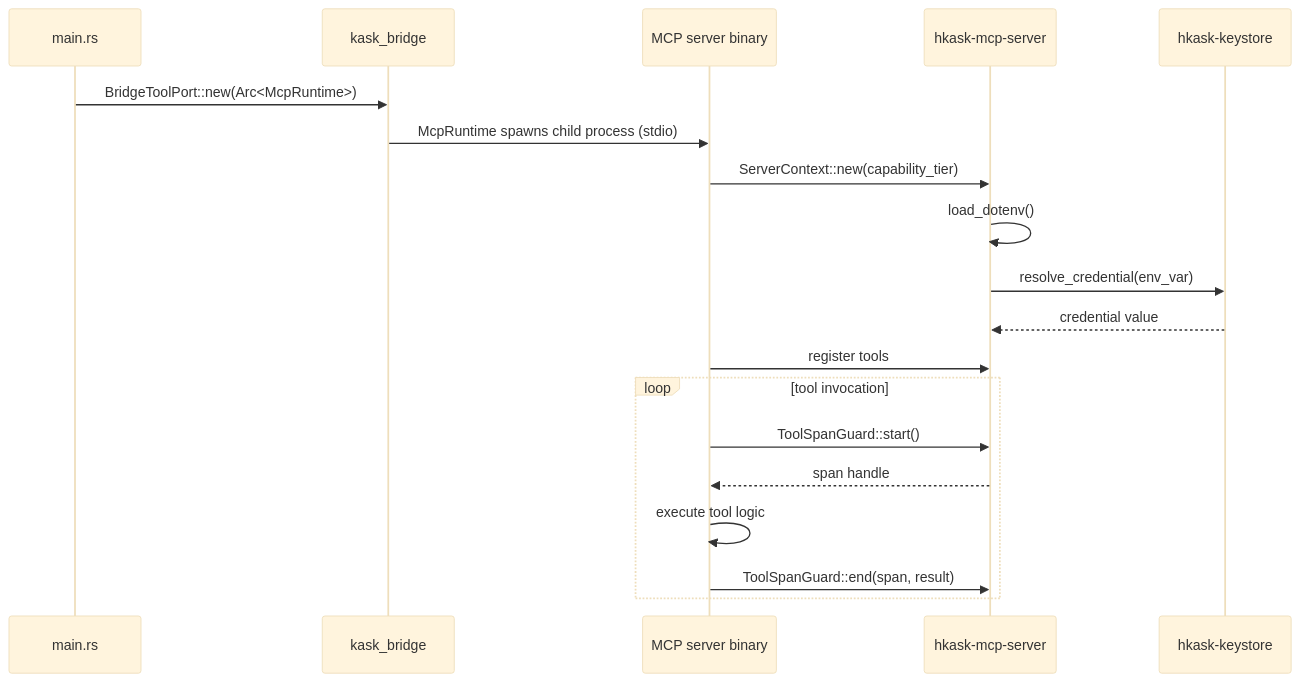
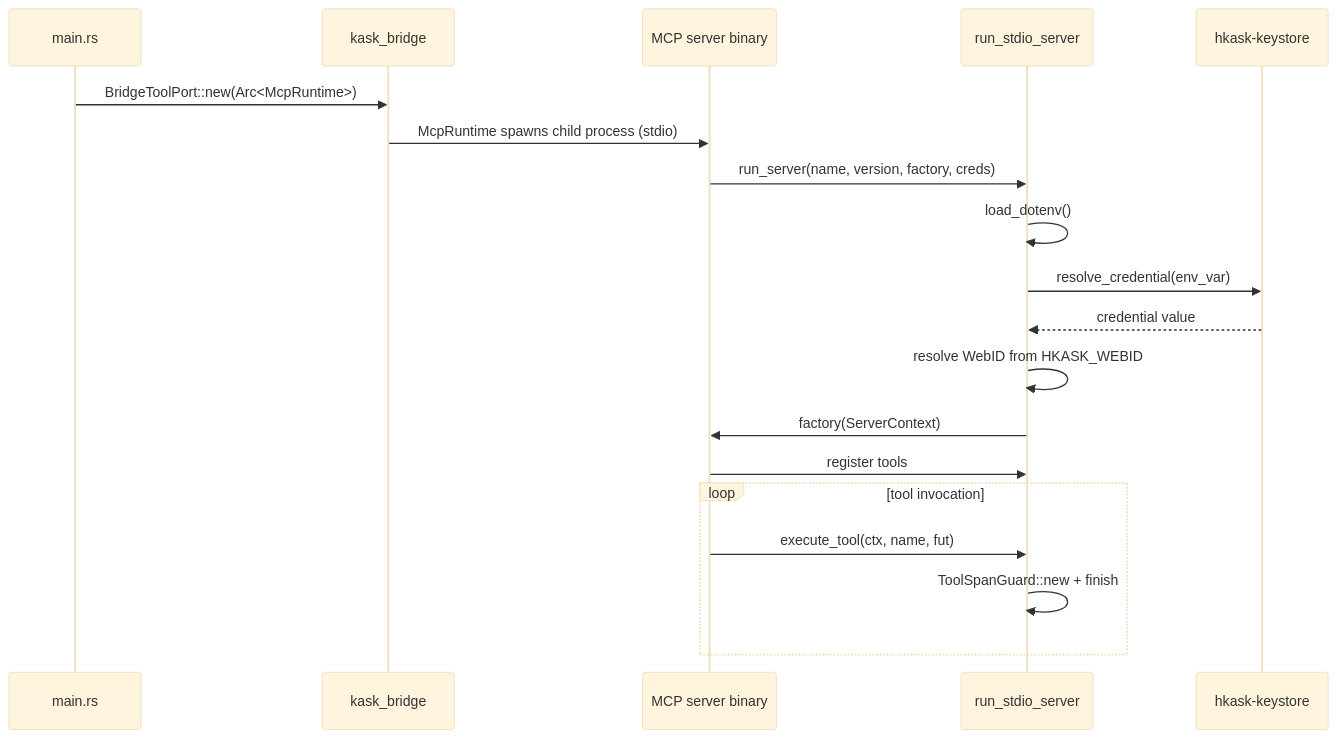
One commit to mdz-axo/zed-kask changed the diagram in kask/docs/diataxis/hkask-mcp-server/explanation.md. Above: the diagram before and after it, drawn with Mermaid (base theme). The commit also changed other lines of this file and 16 other files, not shown here.

````diff
--- a/kask/docs/diataxis/hkask-mcp-server/explanation.md
+++ b/kask/docs/diataxis/hkask-mcp-server/explanation.md
@@ -37,22 +45,22 @@
 ```mermaid
 sequenceDiagram
     participant Main as main.rs
     participant Bridge as kask_bridge
     participant Server as MCP server binary
-    participant Framework as hkask-mcp-server
+    participant Transport as run_stdio_server
     participant Keystore as hkask-keystore
 
     Main->>Bridge: BridgeToolPort::new(Arc<McpRuntime>)
     Bridge->>Server: McpRuntime spawns child process (stdio)
-    Server->>Framework: ServerContext::new(capability_tier)
-    Framework->>Framework: load_dotenv()
-    Framework->>Keystore: resolve_credential(env_var)
-    Keystore-->>Framework: credential value
-    Server->>Framework: register tools
+    Server->>Transport: run_server(name, version, factory, creds)
+    Transport->>Transport: load_dotenv()
+    Transport->>Keystore: resolve_credential(env_var)
+    Keystore-->>Transport: credential value
+    Transport->>Transport: resolve WebID from HKASK_WEBID
+    Transport->>Server: factory(ServerContext)
+    Server->>Transport: register tools
     loop tool invocation
-        Server->>Framework: ToolSpanGuard::start()
-        Framework-->>Server: span handle
-        Server->>Server: execute tool logic
-        Server->>Framework: ToolSpanGuard::end(span, result)
+        Server->>Transport: execute_tool(ctx, name, fut)
+        Transport->>Transport: ToolSpanGuard::new + finish
     end
 ```
````
